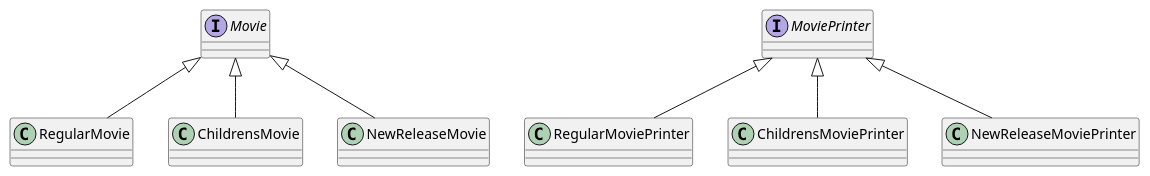
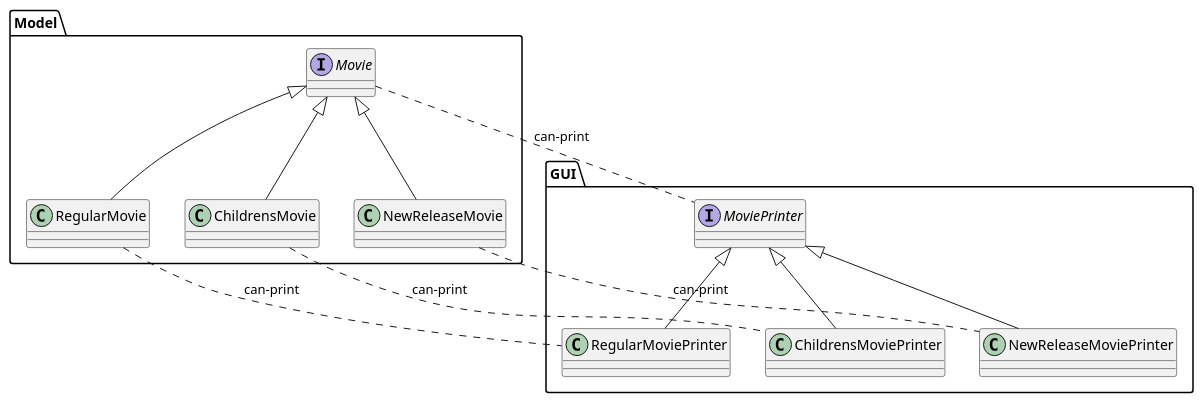
Before and after one commit to rony76/martin-fowler-example: the diagram in src/main/resources/MovieHierarchy.puml, drawn with PlantUML.

Commit message:
Added packages to chart

```diff
--- a/src/main/resources/MovieHierarchy.puml
+++ b/src/main/resources/MovieHierarchy.puml
@@ -1,35 +1,45 @@
 @startuml
 
-interface Movie {
+package "Model" {
+    interface Movie {
+    }
+
+    class RegularMovie {
+    }
+
+    class ChildrensMovie {
+    }
+
+    class NewReleaseMovie {
+    }
 }
 
-class RegularMovie {
-}
+package "GUI" {
+    interface MoviePrinter {
+    }
 
-class ChildrensMovie {
-}
+    class RegularMoviePrinter {
+    }
 
-class NewReleaseMovie {
-}
+    class ChildrensMoviePrinter {
+    }
 
-interface MoviePrinter {
-}
-
-class RegularMoviePrinter {
-}
-
-class ChildrensMoviePrinter {
-}
-
-class NewReleaseMoviePrinter {
+    class NewReleaseMoviePrinter {
+    }
 }
 
 Movie <|-- RegularMovie
 Movie <|-- ChildrensMovie
 Movie <|-- NewReleaseMovie
 
 MoviePrinter <|-- RegularMoviePrinter
 MoviePrinter <|-- ChildrensMoviePrinter
 MoviePrinter <|-- NewReleaseMoviePrinter
 
+Movie .. MoviePrinter: can-print
+RegularMovie .. RegularMoviePrinter : can-print
+ChildrensMovie .. ChildrensMoviePrinter : can-print
+NewReleaseMovie .. NewReleaseMoviePrinter : can-print
+
+
 @enduml
```
